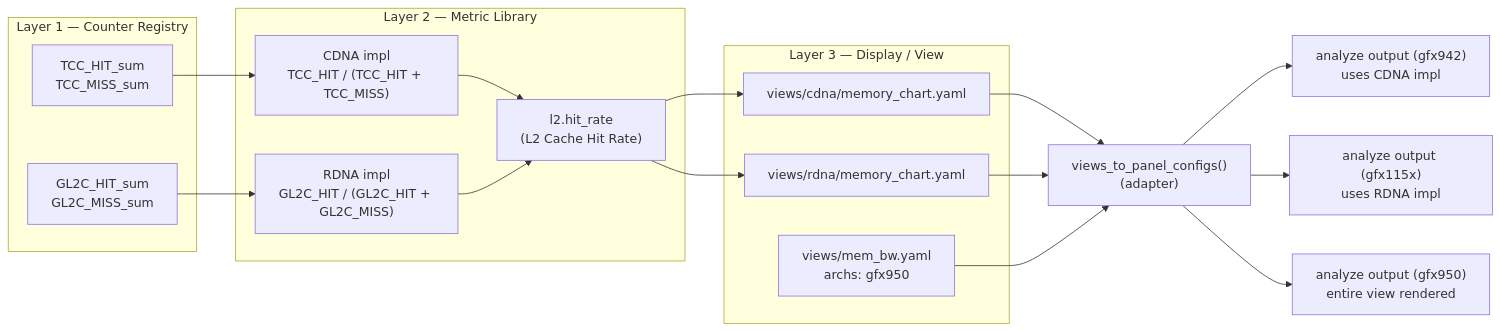
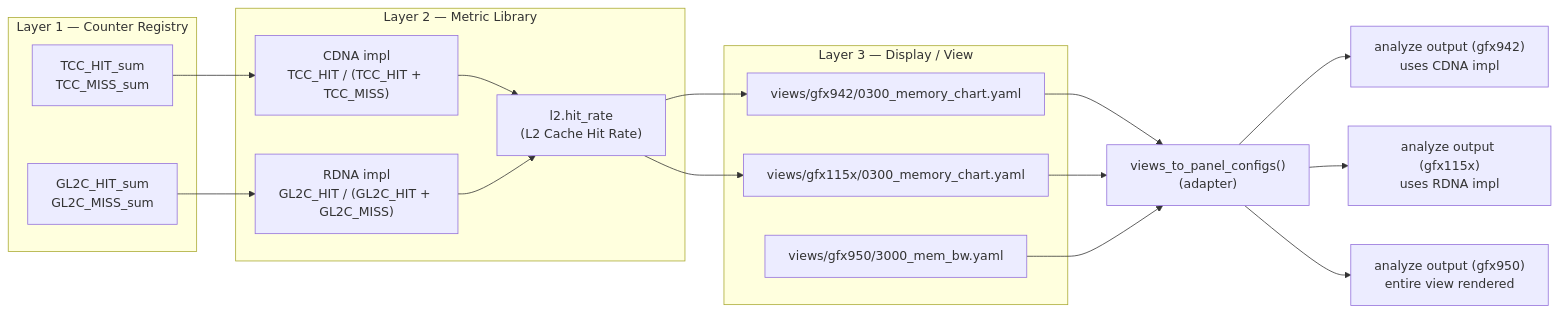
One commit to ROCm/rocm-systems changed the fourth of 4 diagrams in projects/rocprofiler-compute/docs/design/analysis-config-redesign/hld-analysis-config-redesign.md. Above: the diagram before and after it, drawn with Mermaid. The commit also changed other lines of this file and 4 other files, not shown here.

````diff
--- a/projects/rocprofiler-compute/docs/design/analysis-config-redesign/hld-analysis-config-redesign.md
+++ b/projects/rocprofiler-compute/docs/design/analysis-config-redesign/hld-analysis-config-redesign.md
@@ -297,35 +297,35 @@
 ```mermaid
 flowchart LR
     subgraph L1["Layer 1 — Counter Registry"]
         TCC["TCC_HIT_sum\nTCC_MISS_sum"]
         GL2C["GL2C_HIT_sum\nGL2C_MISS_sum"]
     end
 
     subgraph L2["Layer 2 — Metric Library"]
         metric_def["l2.hit_rate\n(L2 Cache Hit Rate)"]
         impl_cdna["CDNA impl\nTCC_HIT / (TCC_HIT + TCC_MISS)"]
         impl_rdna["RDNA impl\nGL2C_HIT / (GL2C_HIT + GL2C_MISS)"]
     end
 
     subgraph L3["Layer 3 — Display / View"]
-        cdna_view["views/cdna/memory_chart.yaml"]
-        rdna_view["views/rdna/memory_chart.yaml"]
-        membw_view["views/mem_bw.yaml\narchs: gfx950"]
+        cdna_view["views/gfx942/0300_memory_chart.yaml"]
+        rdna_view["views/gfx115x/0300_memory_chart.yaml"]
+        membw_view["views/gfx950/3000_mem_bw.yaml"]
     end
 
     TCC --> impl_cdna
     GL2C --> impl_rdna
     impl_cdna --> metric_def
     impl_rdna --> metric_def
     metric_def --> cdna_view
     metric_def --> rdna_view
 
     adapter["views_to_panel_configs()\n(adapter)"]
     cdna_view --> adapter
     rdna_view --> adapter
     membw_view --> adapter
 
     adapter --> out_cdna["analyze output (gfx942)\nuses CDNA impl"]
     adapter --> out_rdna["analyze output (gfx115x)\nuses RDNA impl"]
     adapter --> out_membw["analyze output (gfx950)\nentire view rendered"]
 ```
````
